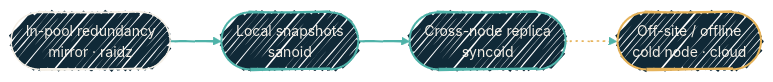
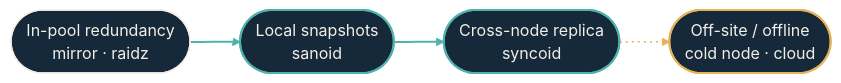
Before and after one commit to dryvist/docs: the first of 3 diagrams in infrastructure/zfs-backup-replication.mdx, drawn with Mermaid. The commit also changed other lines of this file and 116 other files, not shown here.

````diff
--- a/infrastructure/zfs-backup-replication.mdx
+++ b/infrastructure/zfs-backup-replication.mdx
@@ -31,24 +31,27 @@
 ```mermaid
-%%{init:
-  {'theme':'base','look':'handDrawn','themeVariables':{'fontFamily':'Geist','fontSize':'14px','primaryColor':'#102937','primaryTextColor':'#F4EFE6','primaryBorderColor':'#4FB3A9','lineColor':'#4FB3A9','secondaryColor':'#0B1D2A','tertiaryColor':'#1A2A38','clusterBkg':'rgba(79,179,169,0.08)','clusterBorder':'#4FB3A9'}}}%%
-  flowchart LR
+%%{init: {"theme":"base","look":"handDrawn","themeVariables":{"primaryColor":"#123a36","primaryTextColor":"#f4efe6","primaryBorderColor":"#4fb3a9","lineColor":"#4fb3a9","secondaryColor":"#0b1d2a","tertiaryColor":"#16293a","clusterBkg":"#08151f","clusterBorder":"#4fb3a9","fontFamily":"'Geist Sans', system-ui, -apple-system, BlinkMacSystemFont, 'Segoe UI', Roboto, sans-serif","fontSize":"14px"}}}%%
+flowchart LR
+  classDef src fill:#16293a,stroke:#e06b4a,stroke-width:2px,color:#f4efe6;
+  classDef ai fill:#16293a,stroke:#e06b4a,stroke-width:2px,color:#f4efe6;
+  classDef gate fill:#16293a,stroke:#e06b4a,stroke-width:2.5px,color:#f4efe6;
+  classDef hop fill:#16293a,stroke:#4fb3a9,stroke-width:2px,color:#f4efe6;
+  classDef host fill:#16293a,stroke:#4fb3a9,stroke-width:2px,color:#f4efe6;
+  classDef sink fill:#16293a,stroke:#f4efe6,stroke-width:2px,color:#f4efe6;
+  classDef auto fill:#16293a,stroke:#f4efe6,stroke-width:1.5px,color:#f4efe6;
+  classDef external fill:#16293a,stroke:#e6b35a,stroke-width:2px,color:#f4efe6;
   L0(["In-pool redundancy<br/>mirror · raidz"])
   L1(["Local snapshots<br/>sanoid"])
   L2(["Cross-node replica<br/>syncoid"])
   L3(["Off-site / offline<br/>cold node · cloud"])
 
   L0 --> L1
   L1 --> L2
   L2 --> L3
 
-  classDef auto     fill:#102937,stroke:#F4EFE6,stroke-width:1.5px,color:#F4EFE6;
-  classDef host     fill:#102937,stroke:#4FB3A9,stroke-width:2px,color:#F4EFE6;
-  classDef external fill:#102937,stroke:#E6B35A,stroke-width:2px,color:#F4EFE6;
-
   class L0 auto
   class L1,L2 host
   class L3 external
 
   linkStyle 0,1 stroke:#4FB3A9,stroke-width:2px;
   linkStyle 2 stroke:#E6B35A,stroke-width:1.5px,stroke-dasharray:2 4;
 ```
````
